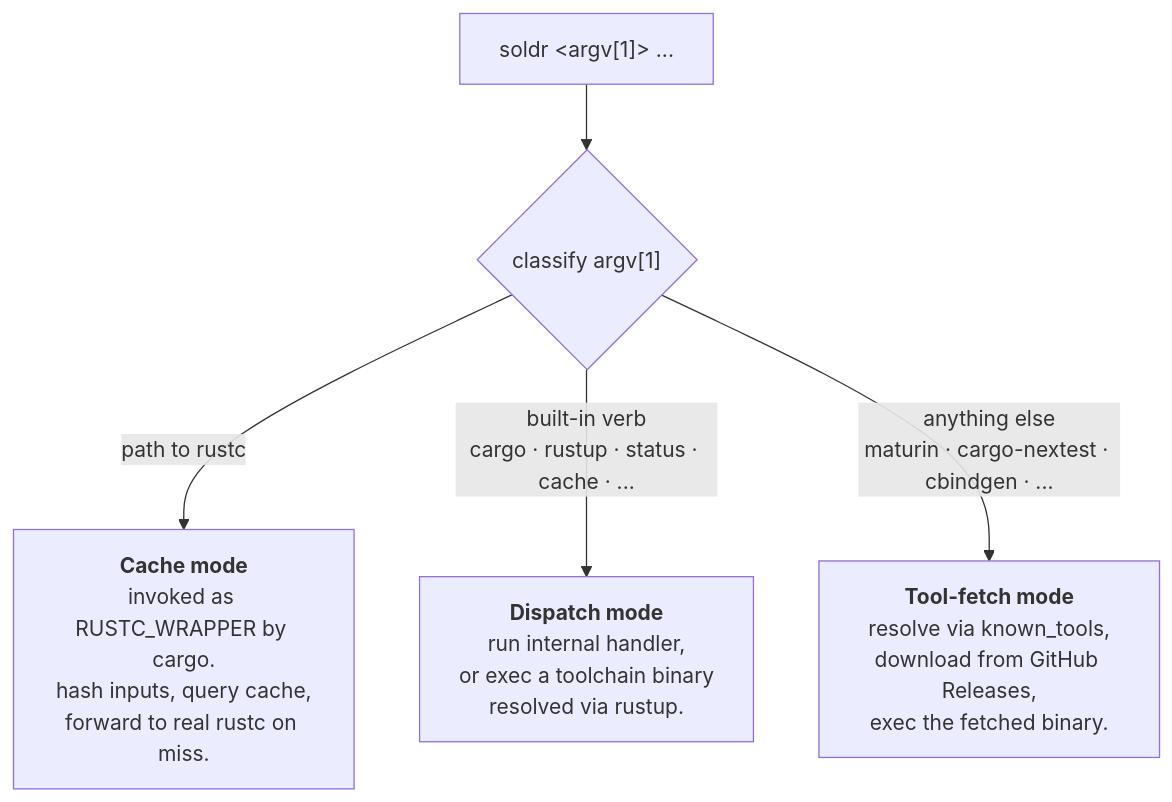
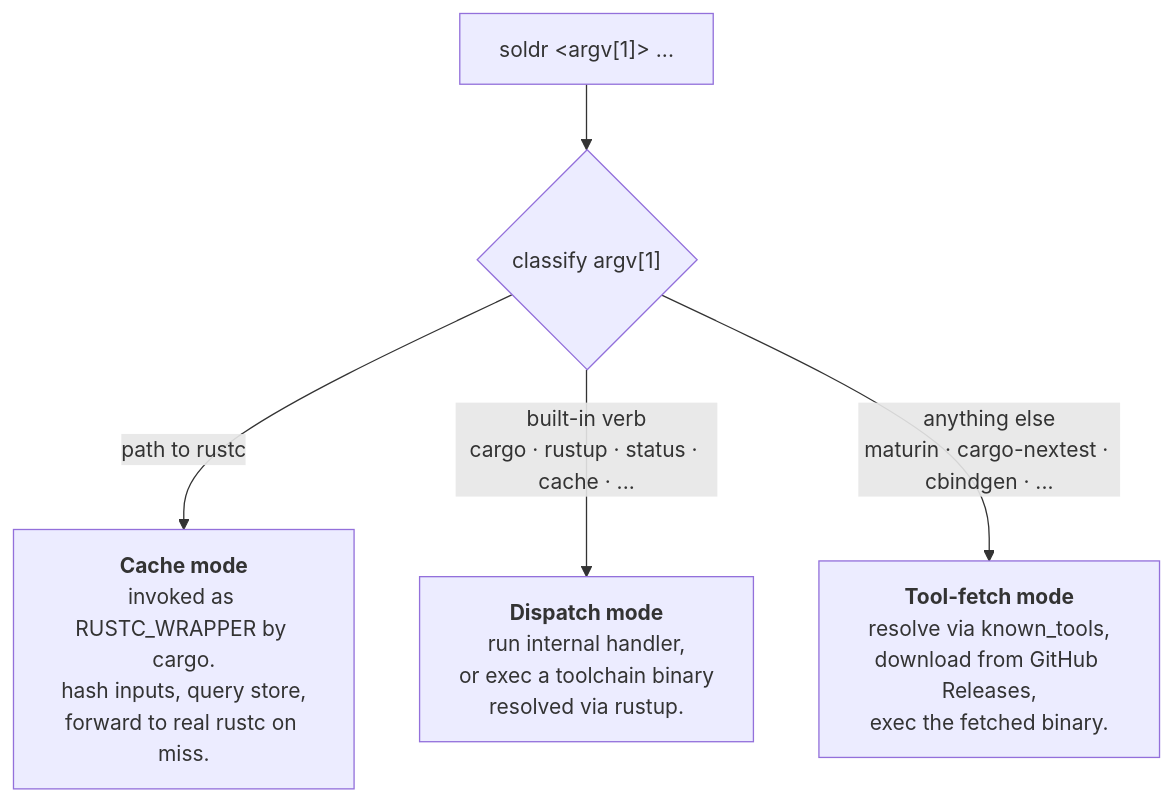
The first of 2 diagrams in README.md (zackees/soldr), drawn with Mermaid before and after one commit. The commit also changed other lines of this file, not shown here.

````diff
--- a/README.md
+++ b/README.md
@@ -340,7 +586,7 @@
 ```mermaid
 flowchart TD
     A["soldr &lt;argv[1]&gt; ..."] --> B{"classify argv[1]"}
-    B -->|"path to rustc"| C["<b>Cache mode</b><br/>invoked as RUSTC_WRAPPER by cargo.<br/>hash inputs, query cache,<br/>forward to real rustc on miss."]
+    B -->|"path to rustc"| C["<b>Cache mode</b><br/>invoked as RUSTC_WRAPPER by cargo.<br/>hash inputs, query store,<br/>forward to real rustc on miss."]
     B -->|"built-in verb<br/>cargo · rustup · status · cache · ..."| D["<b>Dispatch mode</b><br/>run internal handler,<br/>or exec a toolchain binary<br/>resolved via rustup."]
     B -->|"anything else<br/>maturin · cargo-nextest · cbindgen · ..."| E["<b>Tool-fetch mode</b><br/>resolve via known_tools,<br/>download from GitHub Releases,<br/>exec the fetched binary."]
 ```
````
